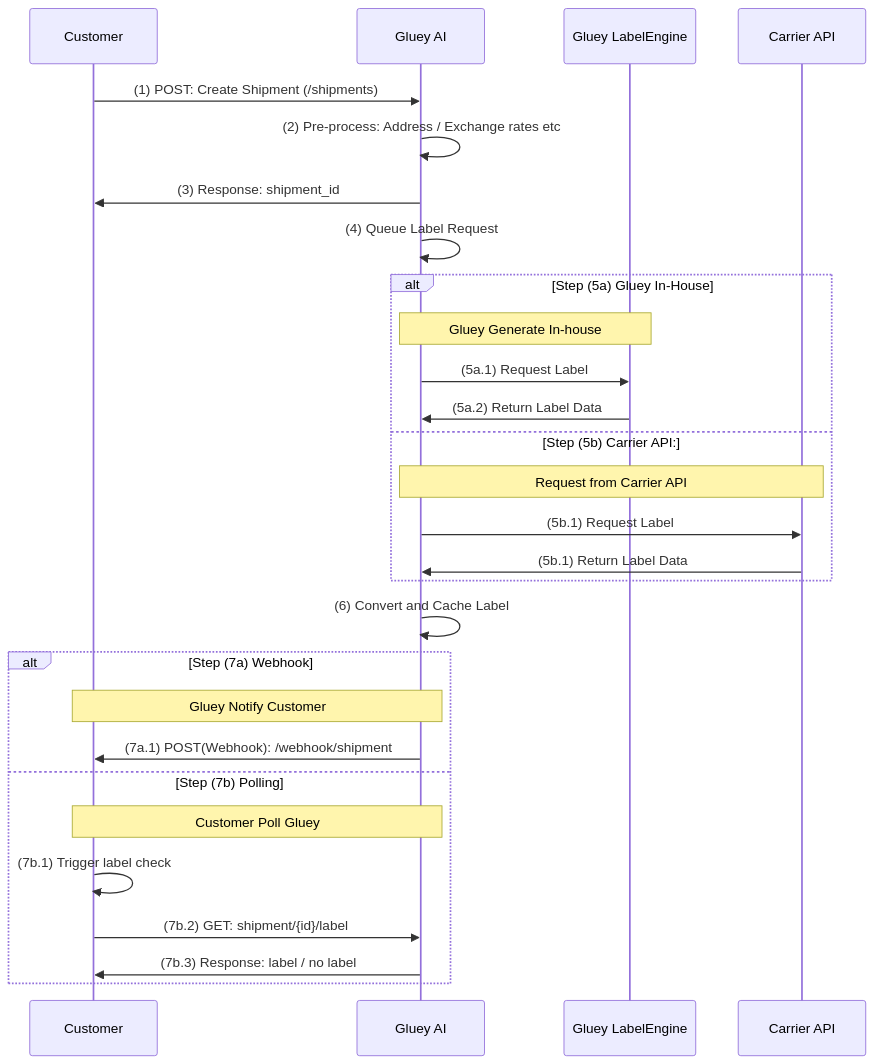
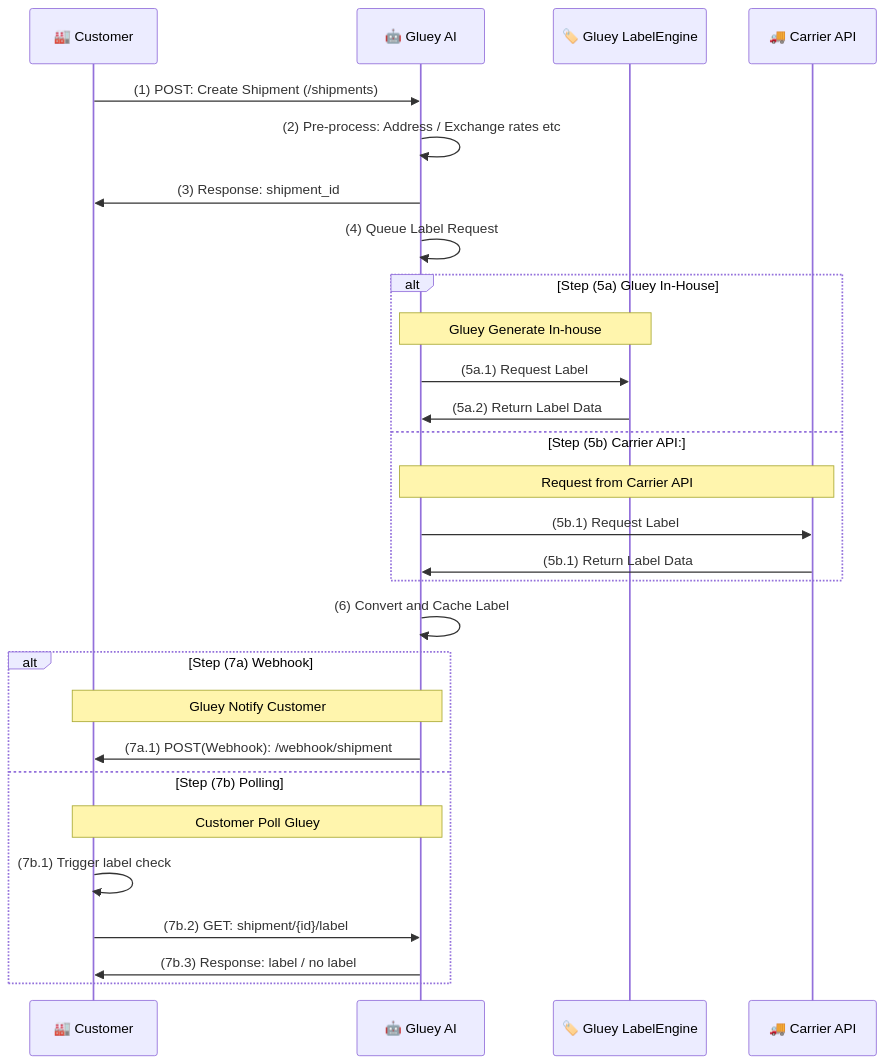
The diagram in app/api/v1/templates/markdown/async_labels.md (Gluey-AI/gluey-api-docs), drawn with Mermaid before and after one commit. The commit also changed other lines of this file and 6 other files, not shown here.

```diff
--- a/app/api/v1/templates/markdown/async_labels.md
+++ b/app/api/v1/templates/markdown/async_labels.md
@@ -32,31 +32,31 @@
 ~~~mermaid
 sequenceDiagram
-    participant Customer
-    participant Gluey AI
-    participant Gluey LabelEngine
-    participant Carrier API
+    participant 🏭 Customer
+    participant 🤖 Gluey AI
+    participant 🏷️ Gluey LabelEngine
+    participant 🚚 Carrier API
 
-    Customer->>Gluey AI: (1) POST: Create Shipment (/shipments)
-    Gluey AI->>Gluey AI: (2) Pre-process: Address / Exchange rates etc
-    Gluey AI->>Customer: (3) Response: shipment_id
-    Gluey AI->>Gluey AI: (4) Queue Label Request
+    🏭 Customer->>🤖 Gluey AI: (1) POST: Create Shipment (/shipments)
+    🤖 Gluey AI->>🤖 Gluey AI: (2) Pre-process: Address / Exchange rates etc
+    🤖 Gluey AI->>🏭 Customer: (3) Response: shipment_id
+    🤖 Gluey AI->>🤖 Gluey AI: (4) Queue Label Request
     alt Step (5a) Gluey In-House
-        Note over Gluey AI, Gluey LabelEngine: Gluey Generate In-house
-        Gluey AI->>Gluey LabelEngine: (5a.1) Request Label 
-        Gluey LabelEngine->>Gluey AI: (5a.2) Return Label Data
+        Note over 🤖 Gluey AI, 🏷️ Gluey LabelEngine: Gluey Generate In-house
+        🤖 Gluey AI->>🏷️ Gluey LabelEngine: (5a.1) Request Label 
+        🏷️ Gluey LabelEngine->>🤖 Gluey AI: (5a.2) Return Label Data
     else Step (5b) Carrier API:
-        Note over Gluey AI, Carrier API: Request from Carrier API
-        Gluey AI->>Carrier API: (5b.1) Request Label
-        Carrier API->>Gluey AI: (5b.1) Return Label Data
+        Note over 🤖 Gluey AI, 🚚 Carrier API: Request from Carrier API
+        🤖 Gluey AI->>🚚 Carrier API: (5b.1) Request Label
+        🚚 Carrier API->>🤖 Gluey AI: (5b.1) Return Label Data
     end
-    Gluey AI->>Gluey AI: (6) Convert and Cache Label
+    🤖 Gluey AI->>🤖 Gluey AI: (6) Convert and Cache Label
     alt Step (7a) Webhook
-        Note over Gluey AI, Customer: Gluey Notify Customer
-        Gluey AI->>Customer: (7a.1) POST(Webhook): /webhook/shipment
+        Note over 🤖 Gluey AI, 🏭 Customer: Gluey Notify Customer
+        🤖 Gluey AI->>🏭 Customer: (7a.1) POST(Webhook): /webhook/shipment
     else Step (7b) Polling
-        Note over Gluey AI, Customer: Customer Poll Gluey
-        Customer->>Customer: (7b.1) Trigger label check
-        Customer->>Gluey AI: (7b.2) GET: shipment/{id}/label
-        Gluey AI->>Customer: (7b.3) Response: label / no label
+        Note over 🤖 Gluey AI, 🏭 Customer: Customer Poll Gluey
+        🏭 Customer->>🏭 Customer: (7b.1) Trigger label check
+        🏭 Customer->>🤖 Gluey AI: (7b.2) GET: shipment/{id}/label
+        🤖 Gluey AI->>🏭 Customer: (7b.3) Response: label / no label
     end
 ~~~
```
